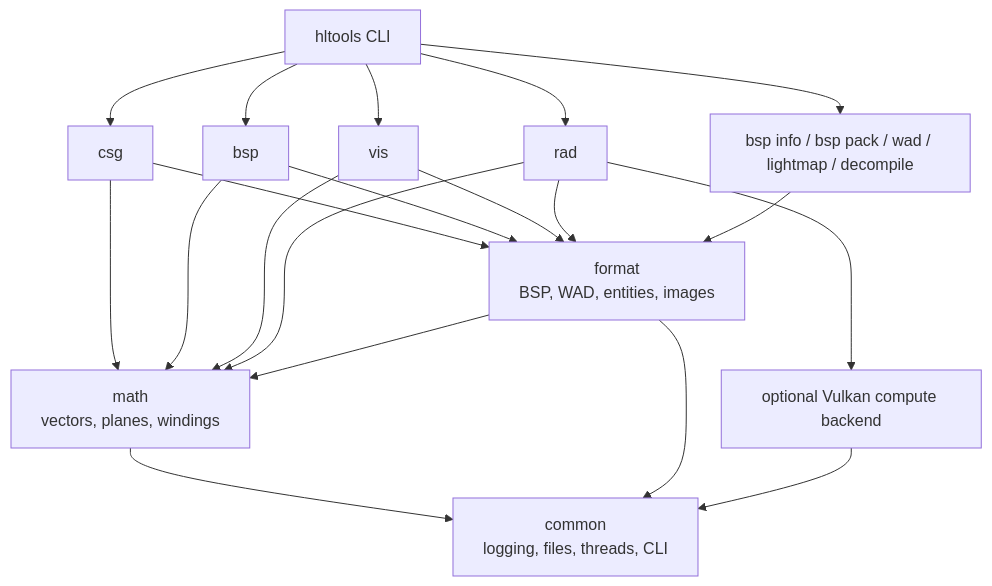
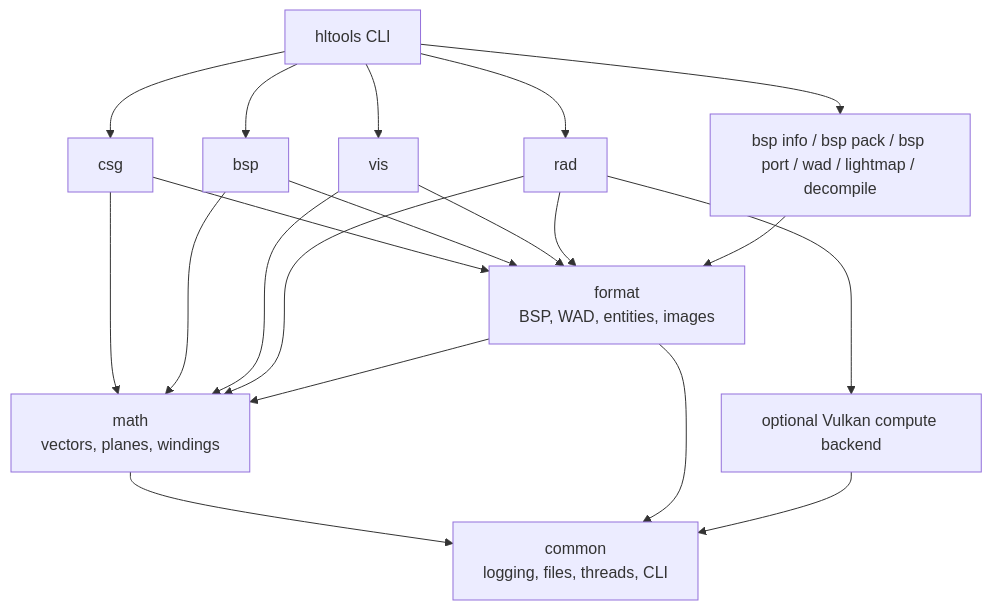
One commit to speedrun-16/hltools changed the third of 3 diagrams in README.md. Above: the diagram before and after it, drawn with Mermaid. The commit also changed other lines of this file and 7 other files, not shown here.

````diff
--- a/README.md
+++ b/README.md
@@ -840,22 +834,22 @@
 ```mermaid
 flowchart TD
     CLI["hltools CLI"] --> CSG["csg"]
     CLI --> BSP["bsp"]
     CLI --> VIS["vis"]
     CLI --> RAD["rad"]
-    CLI --> UTIL["bsp info / bsp pack / wad / lightmap / decompile"]
+    CLI --> UTIL["bsp info / bsp pack / bsp port / wad / lightmap / decompile"]
     RAD --> GPU["optional Vulkan compute backend"]
     CSG --> FORMAT["format<br/>BSP, WAD, entities, images"]
     BSP --> FORMAT
     VIS --> FORMAT
     RAD --> FORMAT
     UTIL --> FORMAT
     CSG --> MATH["math<br/>vectors, planes, windings"]
     BSP --> MATH
     VIS --> MATH
     RAD --> MATH
     FORMAT --> MATH
     MATH --> COMMON["common<br/>logging, files, threads, CLI"]
     FORMAT --> COMMON
     GPU --> COMMON
 ```
````
